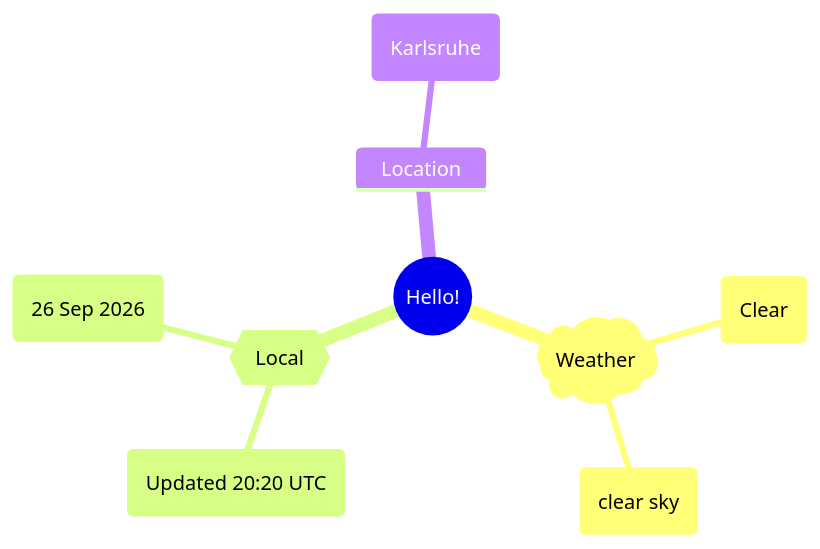
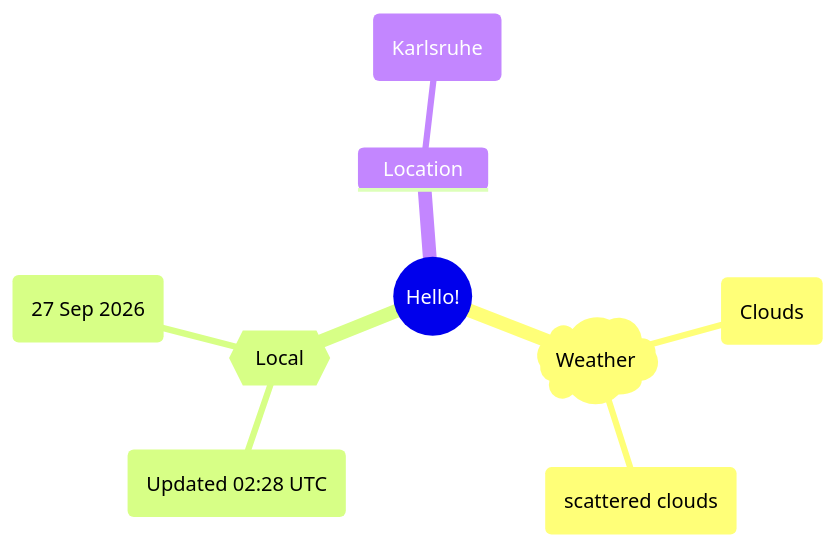
One commit to Xosrov/Xosrov changed the first of 2 diagrams in README.md. Above: the diagram before and after it, drawn with Mermaid.

Commit message:
[bot] updated images

````diff
--- a/README.md
+++ b/README.md
@@ -3,12 +3,12 @@
 ```mermaid
 mindmap
   root((Hello!))
     )Weather(
-        (Clear)
-        (clear sky)
+        (Clouds)
+        (scattered clouds)
     {{Local}}
-        (Updated 20:20 UTC)
-        (26 Sep 2026)
+        (Updated 02:28 UTC)
+        (27 Sep 2026)
     Location
         (Karlsruhe)
 ```
````
